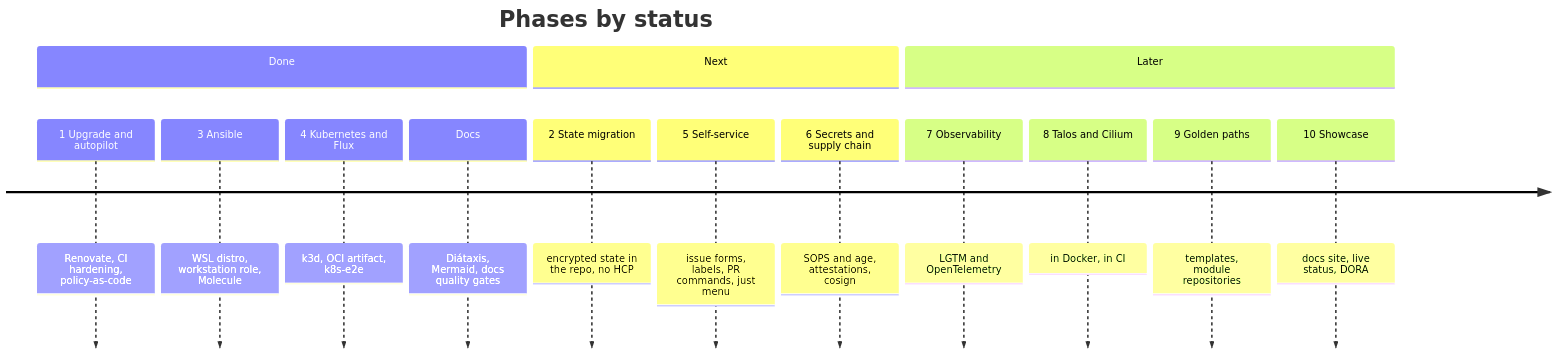
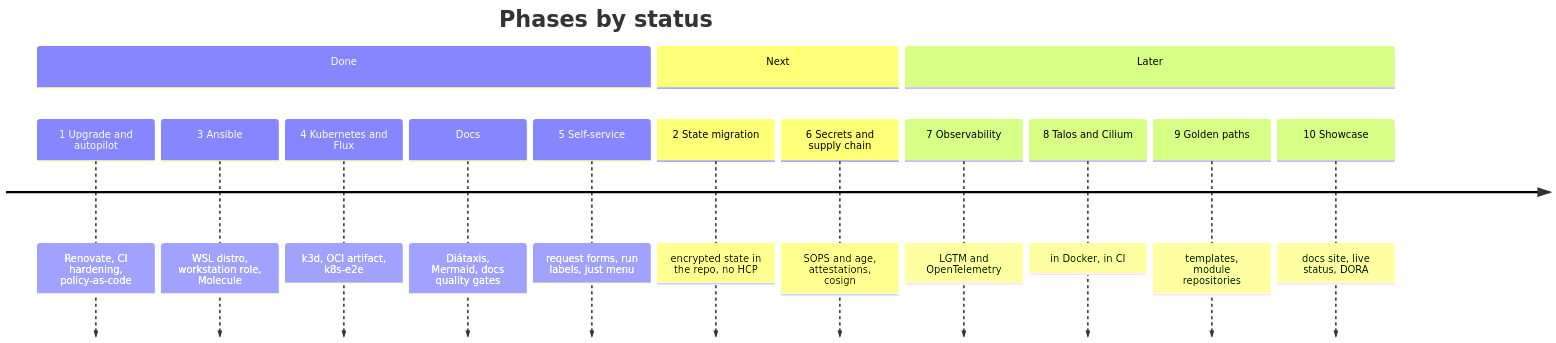
Before and after one commit to GregoireF/iac: the first of 2 diagrams in docs/ROADMAP.md, drawn with Mermaid. The commit also changed other lines of this file and 8 other files, not shown here.

Commit message:
docs: document the self-service forms, labels and menu

````diff
--- a/docs/ROADMAP.md
+++ b/docs/ROADMAP.md
@@ -11,18 +11,18 @@
 ```mermaid
 timeline
   title Phases by status
   section Done
     1 Upgrade and autopilot : Renovate, CI hardening, policy-as-code
     3 Ansible : WSL distro, workstation role, Molecule
     4 Kubernetes and Flux : k3d, OCI artifact, k8s-e2e
     Docs : Diátaxis, Mermaid, docs quality gates
+    5 Self-service : request forms, run labels, just menu
   section Next
     2 State migration : encrypted state in the repo, no HCP
-    5 Self-service : issue forms, labels, PR commands, just menu
     6 Secrets and supply chain : SOPS and age, attestations, cosign
   section Later
     7 Observability : LGTM and OpenTelemetry
     8 Talos and Cilium : in Docker, in CI
     9 Golden paths : templates, module repositories
     10 Showcase : docs site, live status, DORA
 ```
````
